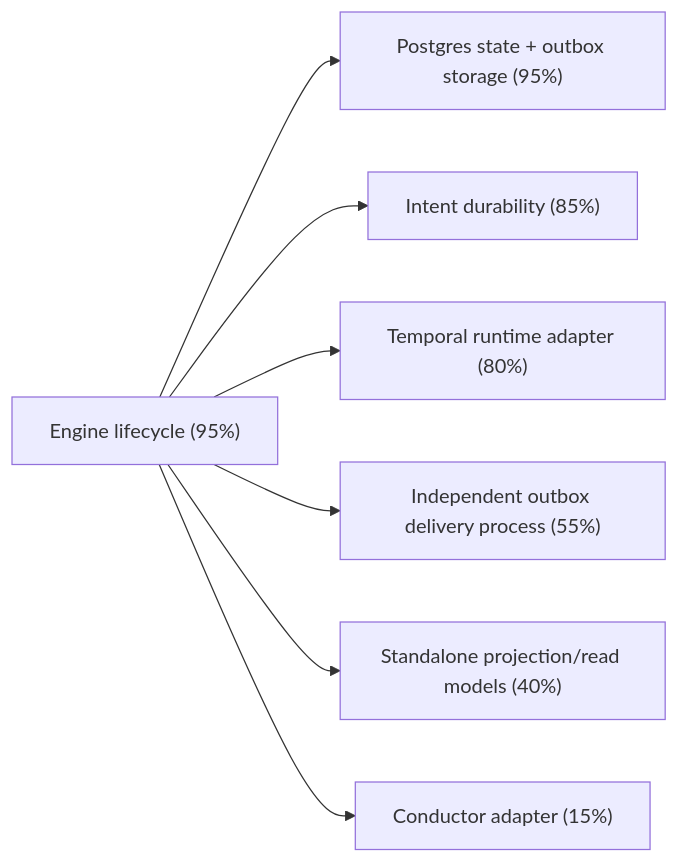
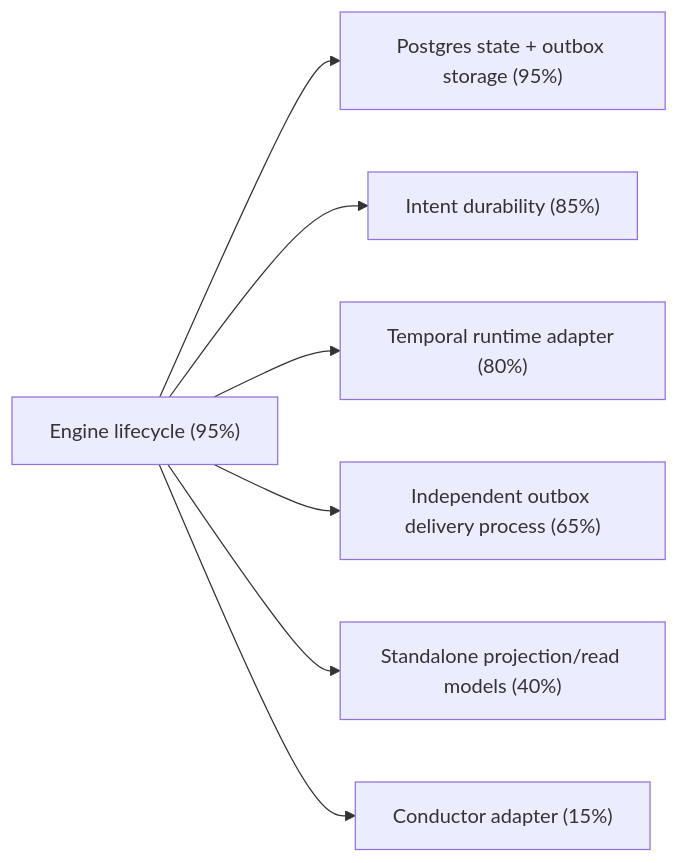
Before and after one commit to dunay2/dvt: the fourth of 4 diagrams in docs/architecture/engine/c4-engine.md, drawn with Mermaid. The commit also changed other lines of this file and 95 other files, not shown here.

````diff
--- a/docs/architecture/engine/c4-engine.md
+++ b/docs/architecture/engine/c4-engine.md
@@ -158,9 +158,9 @@
 ```mermaid
 flowchart LR
   E["Engine lifecycle (95%)"] --> P["Postgres state + outbox storage (95%)"]
   E --> I["Intent durability (85%)"]
   E --> T["Temporal runtime adapter (80%)"]
-  E --> O["Independent outbox delivery process (55%)"]
+  E --> O["Independent outbox delivery process (65%)"]
   E --> R["Standalone projection/read models (40%)"]
   E --> C["Conductor adapter (15%)"]
 ```
````
